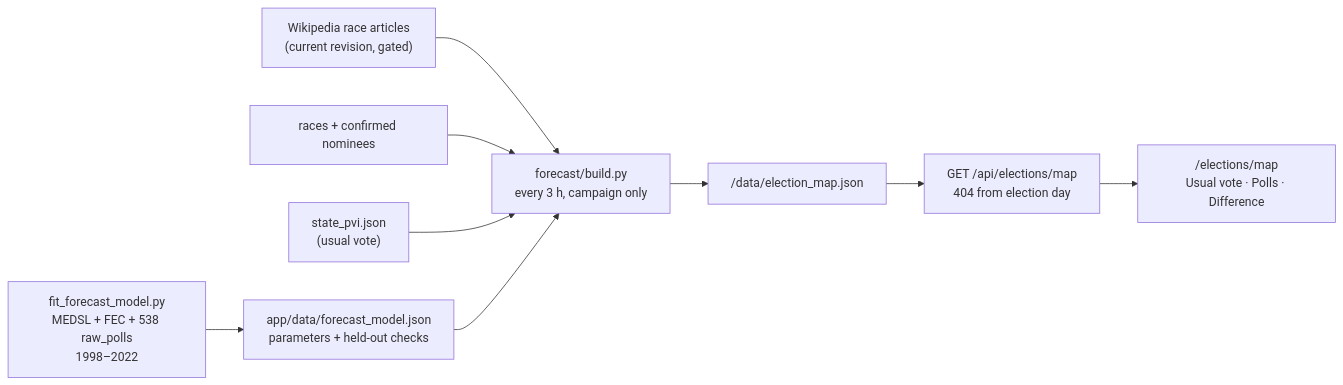
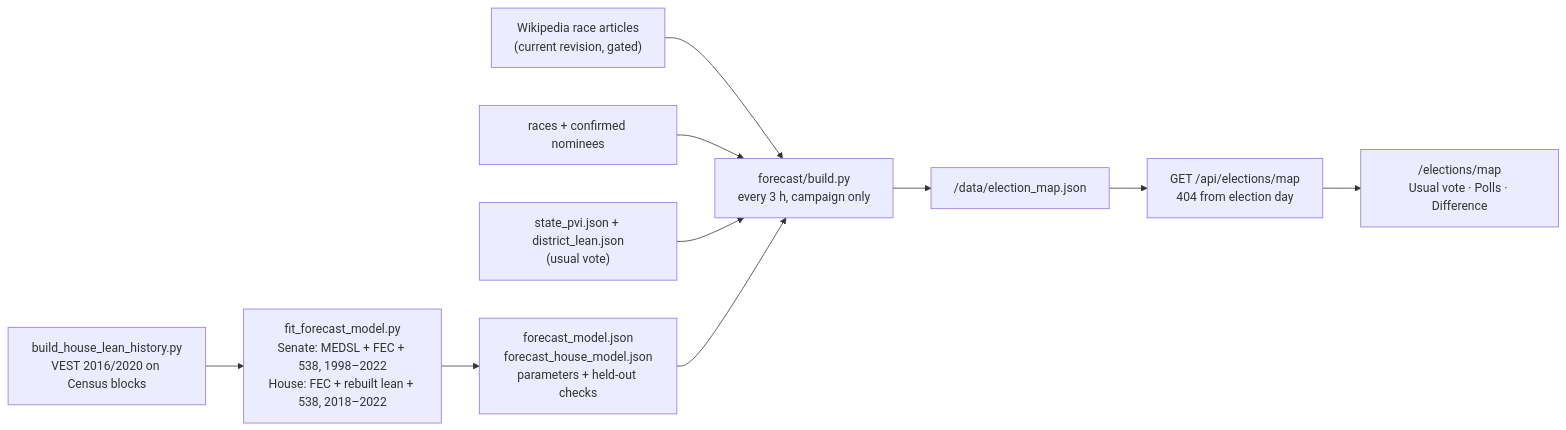
One commit to kamoras/civitas changed the fourth of 5 diagrams in docs/diagrams/10-elections.md. Above: the diagram before and after it, drawn with Mermaid. The commit also changed other lines of this file and 25 other files, not shown here.

First line of the commit message:
2026 map, stage 2: House seats, rebuilt historical district lean, held-out House calibration (#1025)

````diff
--- a/docs/diagrams/10-elections.md
+++ b/docs/diagrams/10-elections.md
@@ -369,11 +369,12 @@
 ```mermaid
 flowchart LR
-    FIT["fit_forecast_model.py<br/>MEDSL + FEC + 538 raw_polls<br/>1998–2022"] --> MODEL["app/data/forecast_model.json<br/>parameters + held-out checks"]
+    FIT["fit_forecast_model.py<br/>Senate: MEDSL + FEC + 538, 1998–2022<br/>House: FEC + rebuilt lean + 538, 2018–2022"] --> MODEL["forecast_model.json<br/>forecast_house_model.json<br/>parameters + held-out checks"]
+    HIST["build_house_lean_history.py<br/>VEST 2016/2020 on Census blocks"] --> FIT
     WIKI["Wikipedia race articles<br/>(current revision, gated)"] --> BUILD
     DB["races + confirmed nominees"] --> BUILD
-    PVI["state_pvi.json<br/>(usual vote)"] --> BUILD
+    PVI["state_pvi.json + district_lean.json<br/>(usual vote)"] --> BUILD
     MODEL --> BUILD["forecast/build.py<br/>every 3 h, campaign only"]
     BUILD --> FILE["/data/election_map.json"]
     FILE --> API["GET /api/elections/map<br/>404 from election day"]
     API --> PAGE["/elections/map<br/>Usual vote · Polls · Difference"]
 ```
````
